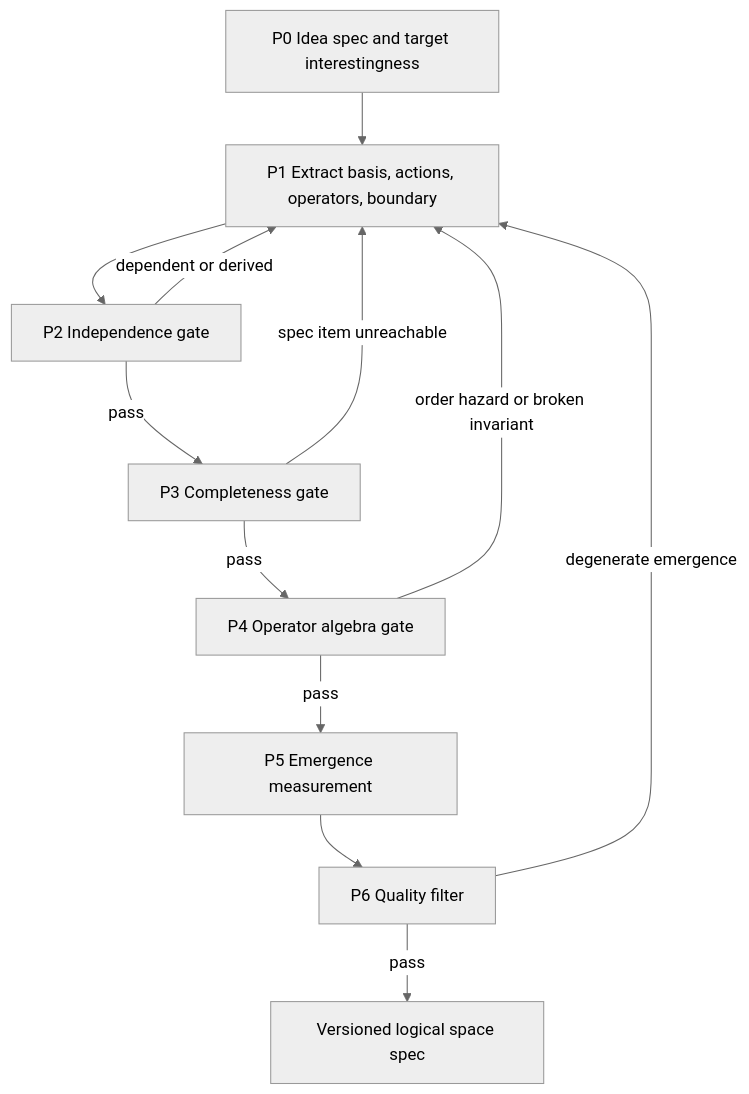
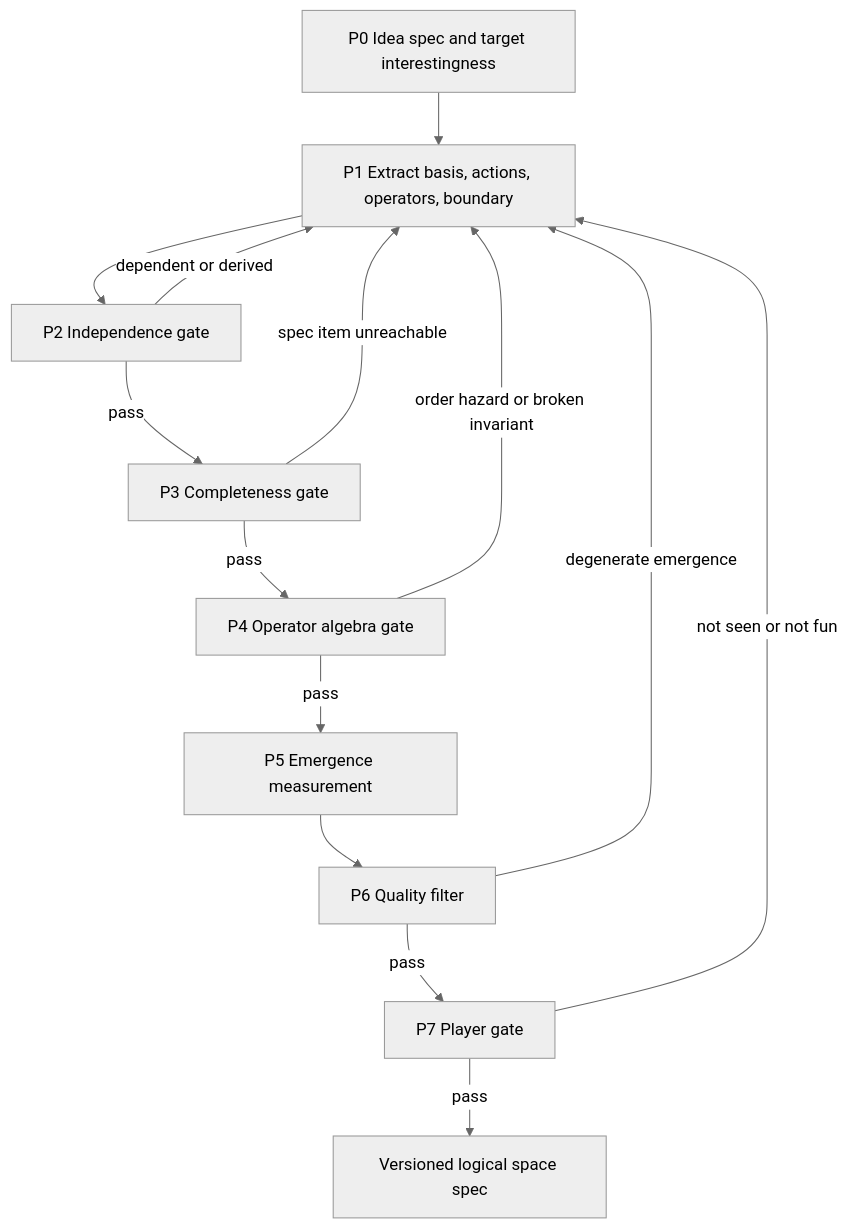
Before and after one commit to HeldenChill/Researchs: the second of 3 diagrams in docs/theory/Logical-Space-Base-Theory.md, drawn with Mermaid (neutral theme). The commit also changed other lines of this file and 14 other files, not shown here.

First line of the commit message:
docs: patch logical space theory to v0.3 after critique

````diff
--- a/docs/theory/Logical-Space-Base-Theory.md
+++ b/docs/theory/Logical-Space-Base-Theory.md
@@ -81,14 +100,16 @@
 ```mermaid
 flowchart TD
     P0["P0 Idea spec and target interestingness"] --> P1["P1 Extract basis, actions, operators, boundary"]
     P1 --> P2["P2 Independence gate"]
     P2 -- "dependent or derived" --> P1
     P2 -- "pass" --> P3["P3 Completeness gate"]
     P3 -- "spec item unreachable" --> P1
     P3 -- "pass" --> P4["P4 Operator algebra gate"]
     P4 -- "order hazard or broken invariant" --> P1
     P4 -- "pass" --> P5["P5 Emergence measurement"]
     P5 --> P6["P6 Quality filter"]
     P6 -- "degenerate emergence" --> P1
-    P6 -- "pass" --> Done["Versioned logical space spec"]
+    P6 -- "pass" --> P7["P7 Player gate"]
+    P7 -- "not seen or not fun" --> P1
+    P7 -- "pass" --> Done["Versioned logical space spec"]
 ```
````
